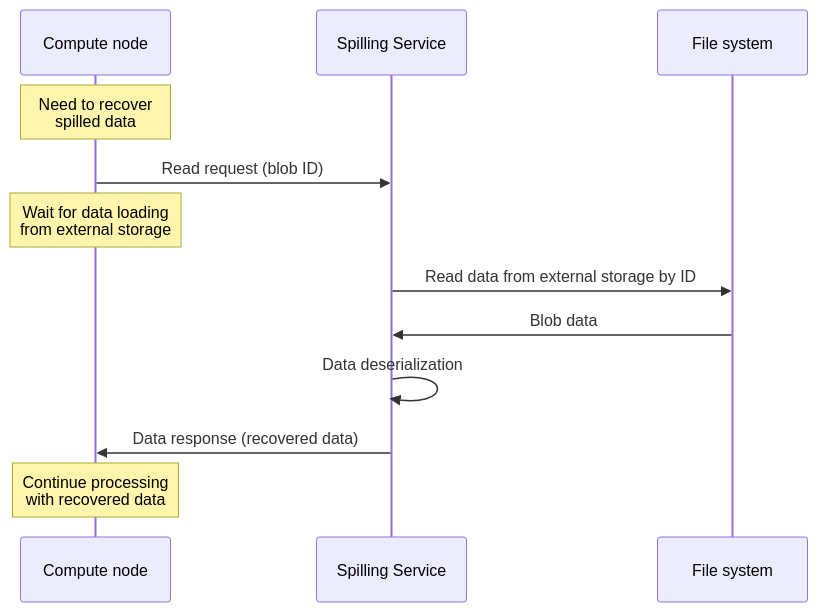
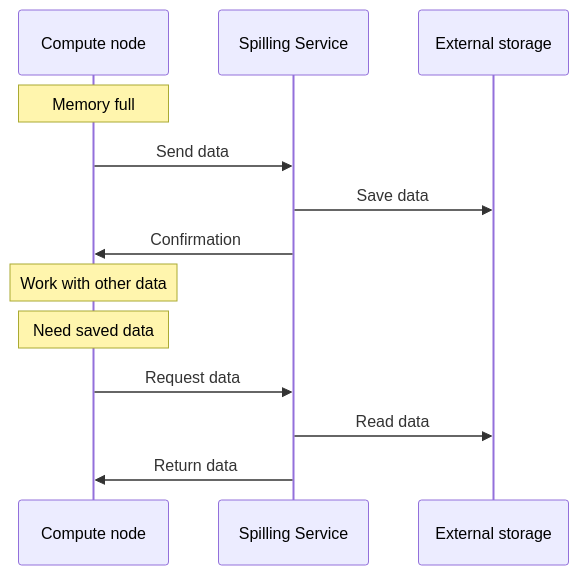
Before and after one commit to ydb-platform/ydb: the diagram in ydb/docs/en/core/concepts/spilling.md, drawn with Mermaid. The commit also changed other lines of this file and 1 other file, not shown here.

Commit message:
diagram simplified

````diff
--- a/ydb/docs/en/core/concepts/spilling.md
+++ b/ydb/docs/en/core/concepts/spilling.md
@@ -112,15 +88,18 @@
 ```mermaid
 sequenceDiagram
     participant CN as Compute node
     participant SS as Spilling Service
-    participant FS as File system
+    participant FS as External storage
 
-    Note over CN: Need to recover<br/>spilled data
-    CN->>SS: Read request (blob ID)
-    Note over CN: Wait for data loading<br/>from external storage
-    SS->>FS: Read data from external storage by ID
-    FS->>SS: Blob data
-    SS->>SS: Data deserialization
-    SS->>CN: Data response (recovered data)
-    Note over CN: Continue processing<br/>with recovered data
+    Note over CN: Memory full
+    CN->>SS: Send data
+    SS->>FS: Save data
+    SS->>CN: Confirmation
+    
+    Note over CN: Work with other data
+    
+    Note over CN: Need saved data
+    CN->>SS: Request data
+    SS->>FS: Read data
+    SS->>CN: Return data
 ```
````
